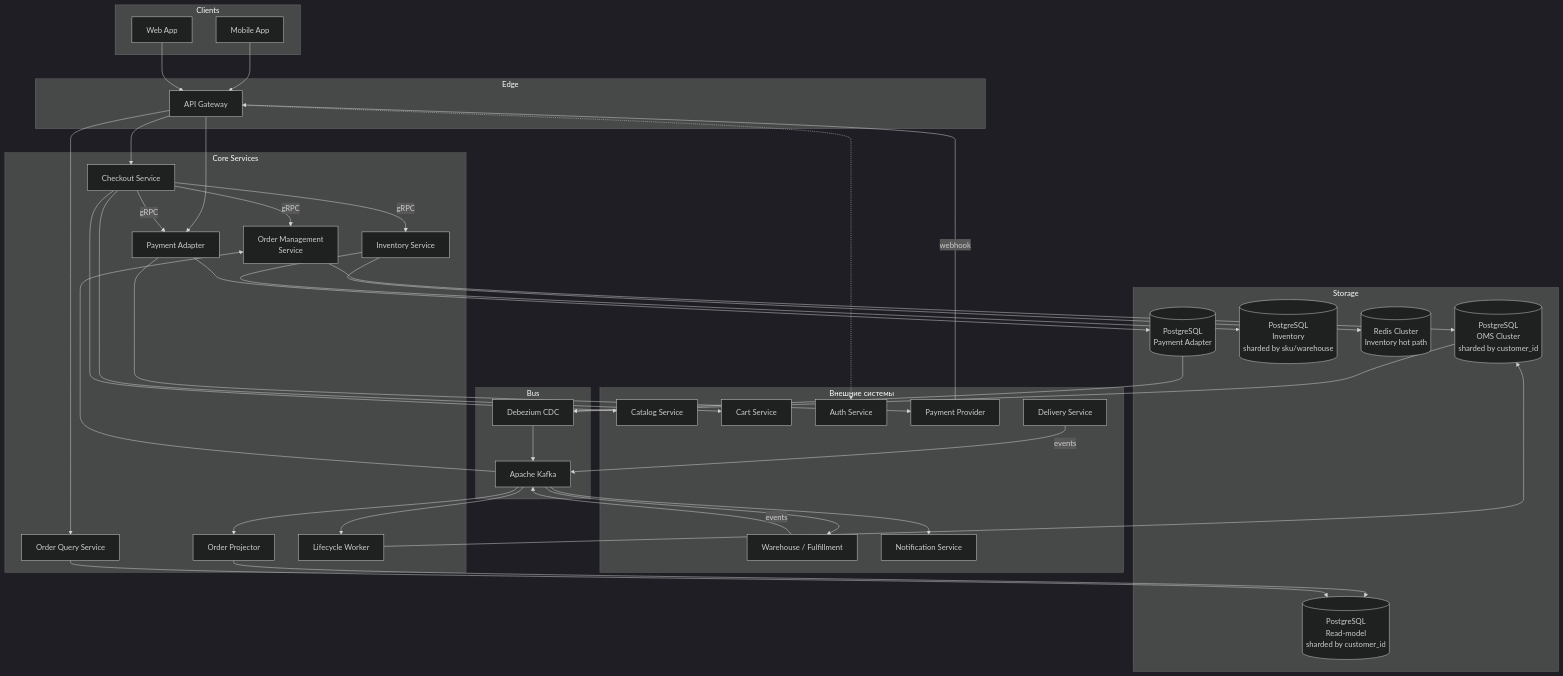
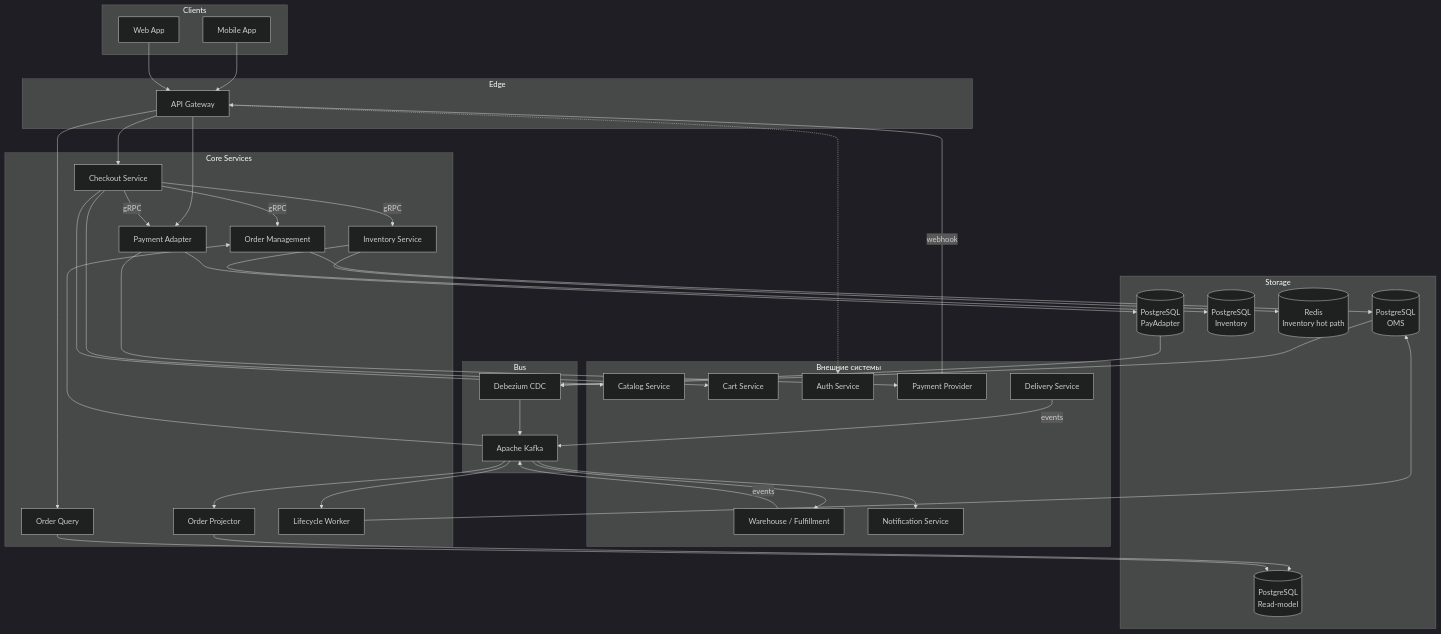
Before and after one commit to Unbiscuit/dev_sol: the fifth of 9 diagrams in marketplace-order-solution.md, drawn with Mermaid (dark theme). The commit also changed other lines of this file, not shown here.

````diff
--- a/marketplace-order-solution.md
+++ b/marketplace-order-solution.md
@@ -378,82 +345,82 @@
 ```mermaid
 graph TB
     subgraph Clients
         Mobile[Mobile App]
         Web[Web App]
     end
 
     subgraph External["Внешние системы"]
         Catalog[Catalog Service]
         Cart[Cart Service]
         Auth[Auth Service]
         Provider[Payment Provider]
         Warehouse[Warehouse / Fulfillment]
         Delivery[Delivery Service]
         Notify[Notification Service]
     end
 
     subgraph Edge
         Gateway[API Gateway]
     end
 
     subgraph CoreServices["Core Services"]
         Checkout[Checkout Service]
-        OMS[Order Management<br/>Service]
+        OMS[Order Management]
         Inventory[Inventory Service]
         PayAdapter[Payment Adapter]
-        QueryAPI[Order Query Service]
+        QueryAPI[Order Query]
         Projector[Order Projector]
         Worker[Lifecycle Worker]
     end
 
     subgraph Storage
-        OMS_DB[(PostgreSQL<br/>OMS Cluster<br/>sharded by customer_id)]
-        Read_DB[(PostgreSQL<br/>Read-model<br/>sharded by customer_id)]
-        Inv_DB[(PostgreSQL<br/>Inventory<br/>sharded by sku/warehouse)]
-        Inv_Redis[(Redis Cluster<br/>Inventory hot path)]
-        PA_DB[(PostgreSQL<br/>Payment Adapter)]
+        OMS_DB[(PostgreSQL<br/>OMS)]
+        Read_DB[(PostgreSQL<br/>Read-model)]
+        Inv_DB[(PostgreSQL<br/>Inventory)]
+        Inv_Redis[(Redis<br/>Inventory hot path)]
+        PA_DB[(PostgreSQL<br/>PayAdapter)]
     end
 
     subgraph Bus
         Kafka[Apache Kafka]
         Debezium[Debezium CDC]
     end
 
     Mobile --> Gateway
     Web --> Gateway
     Gateway -.-> Auth
     Gateway --> Checkout
     Gateway --> QueryAPI
     Gateway --> PayAdapter
 
     Checkout --> Catalog
     Checkout --> Cart
     Checkout -- gRPC --> Inventory
     Checkout -- gRPC --> OMS
     Checkout -- gRPC --> PayAdapter
 
     OMS --> OMS_DB
     Inventory --> Inv_DB
     Inventory --> Inv_Redis
     PayAdapter --> PA_DB
 
     PayAdapter --> Provider
     Provider -- webhook --> Gateway
 
     OMS_DB --> Debezium
     PA_DB --> Debezium
     Debezium --> Kafka
 
     Kafka --> OMS
     Kafka --> Projector
     Kafka --> Worker
     Kafka --> Notify
     Kafka --> Warehouse
     Warehouse -- events --> Kafka
     Delivery -- events --> Kafka
 
     Projector --> Read_DB
     QueryAPI --> Read_DB
 
     Worker --> OMS_DB
 ```
````
